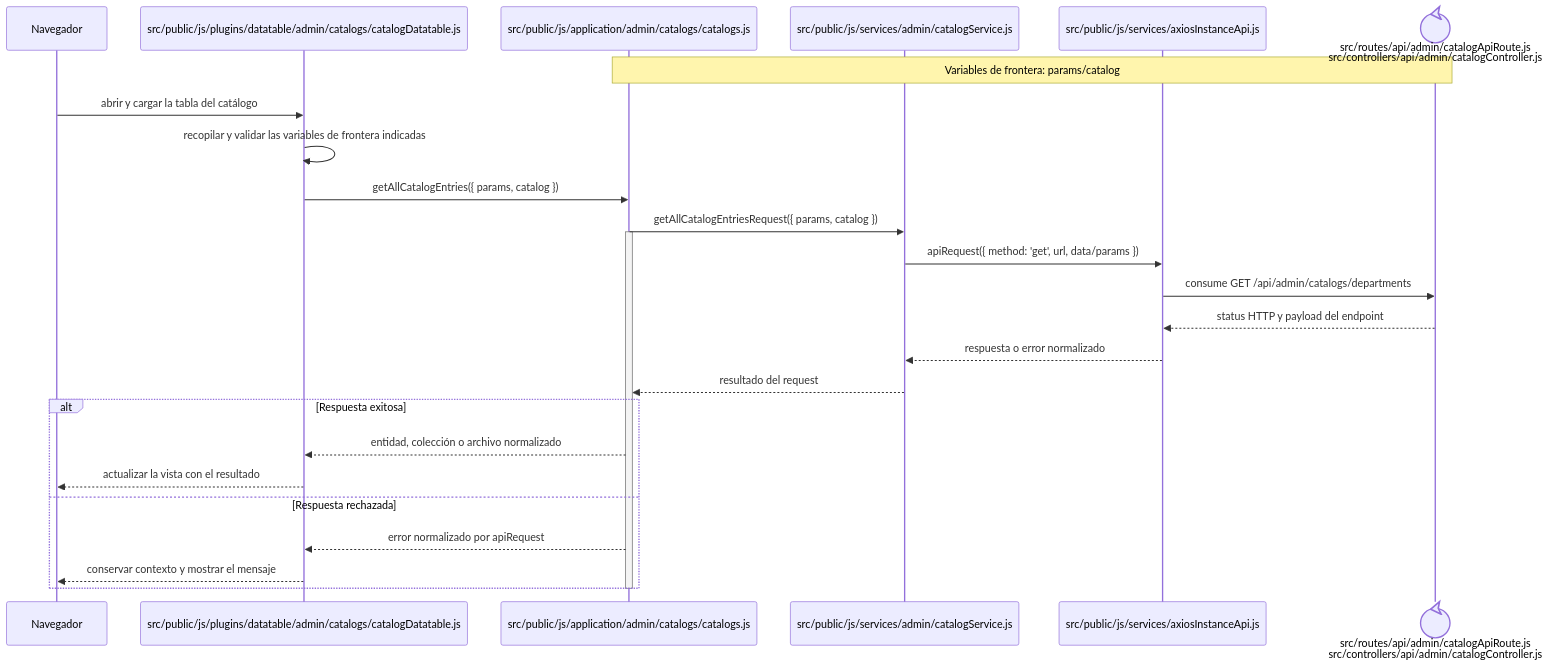
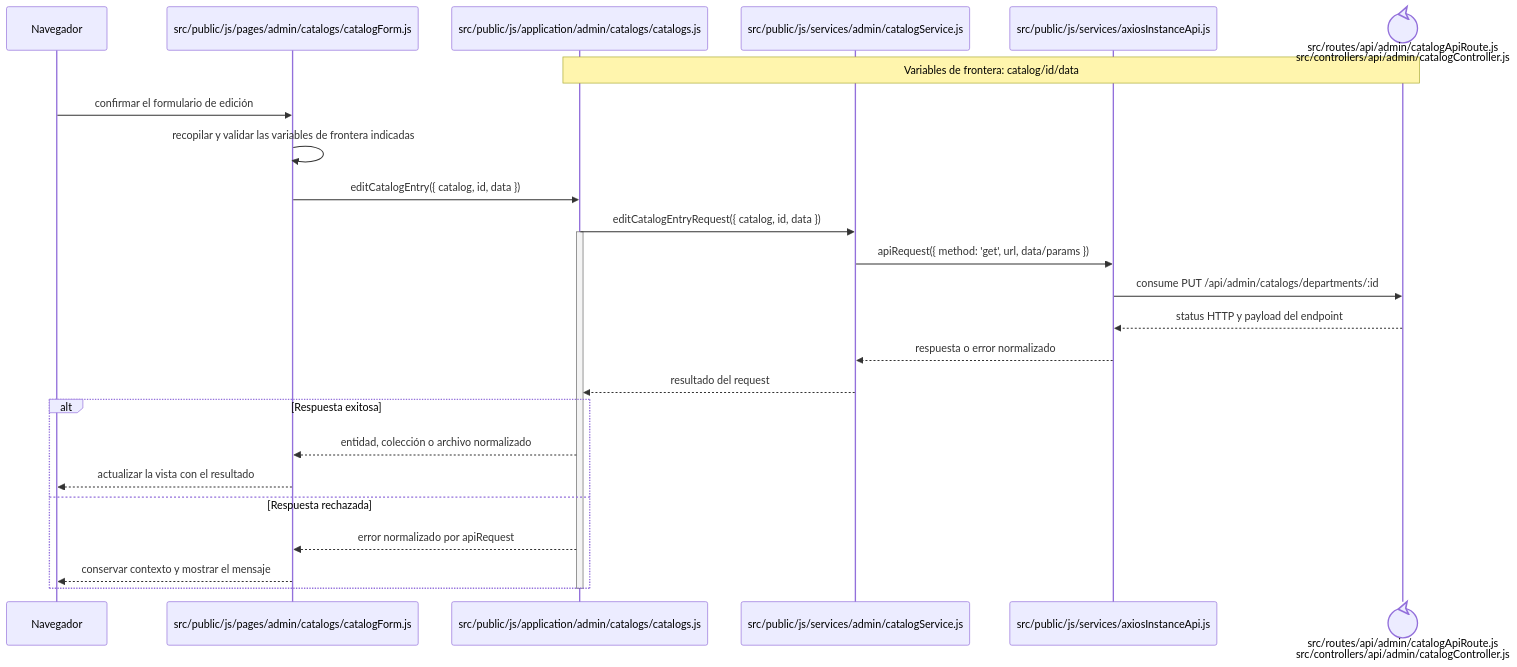
The diagram in docs/architecture/frontend-code-sequences/catalogs/cu-cat-27.md (gpgsistemas01/nexus), drawn with Mermaid before and after one commit. The commit also changed other lines of this file and 207 other files, not shown here.

````diff
--- a/docs/architecture/frontend-code-sequences/catalogs/cu-cat-27.md
+++ b/docs/architecture/frontend-code-sequences/catalogs/cu-cat-27.md
@@ -6,29 +6,29 @@
 ```mermaid
 sequenceDiagram
     participant Browser as Navegador
-    participant View as src/public/js/plugins/datatable/admin/catalogs/catalogDatatable.js
+    participant View as src/public/js/pages/admin/catalogs/catalogForm.js
     participant Application as src/public/js/application/admin/catalogs/catalogs.js
     participant Request as src/public/js/services/admin/catalogService.js
     participant HTTP as src/public/js/services/axiosInstanceApi.js
     participant Transport@{ "type": "control" } as src/routes/api/admin/catalogApiRoute.js<br/>src/controllers/api/admin/catalogController.js
-    Note over Application,Transport: Variables de frontera: params/catalog
+    Note over Application,Transport: Variables de frontera: catalog/id/data
 
-    Browser->>View: abrir y cargar la tabla del catálogo
+    Browser->>View: confirmar el formulario de edición
     View->>View: recopilar y validar las variables de frontera indicadas
-    View->>Application: getAllCatalogEntries({ params, catalog })
-    Application->>Request: getAllCatalogEntriesRequest({ params, catalog })
+    View->>Application: editCatalogEntry({ catalog, id, data })
+    Application->>Request: editCatalogEntryRequest({ catalog, id, data })
     activate Application
     Request->>HTTP: apiRequest({ method: 'get', url, data/params })
-    HTTP->>Transport: consume GET /api/admin/catalogs/departments
+    HTTP->>Transport: consume PUT /api/admin/catalogs/departments/:id
     Transport-->>HTTP: status HTTP y payload del endpoint
     HTTP-->>Request: respuesta o error normalizado
     Request-->>Application: resultado del request
     alt Respuesta exitosa
         Application-->>View: entidad, colección o archivo normalizado
         View-->>Browser: actualizar la vista con el resultado
     else Respuesta rechazada
         Application-->>View: error normalizado por apiRequest
         View-->>Browser: conservar contexto y mostrar el mensaje
     end
     deactivate Application
 ```
````
